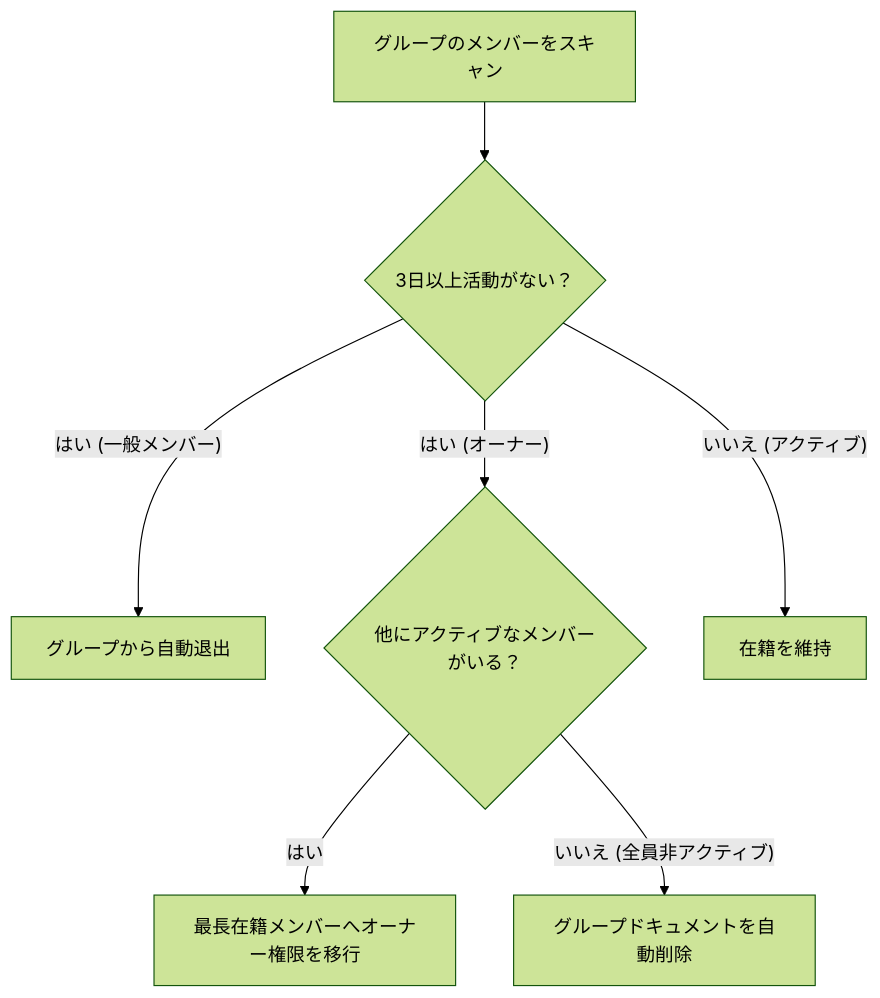
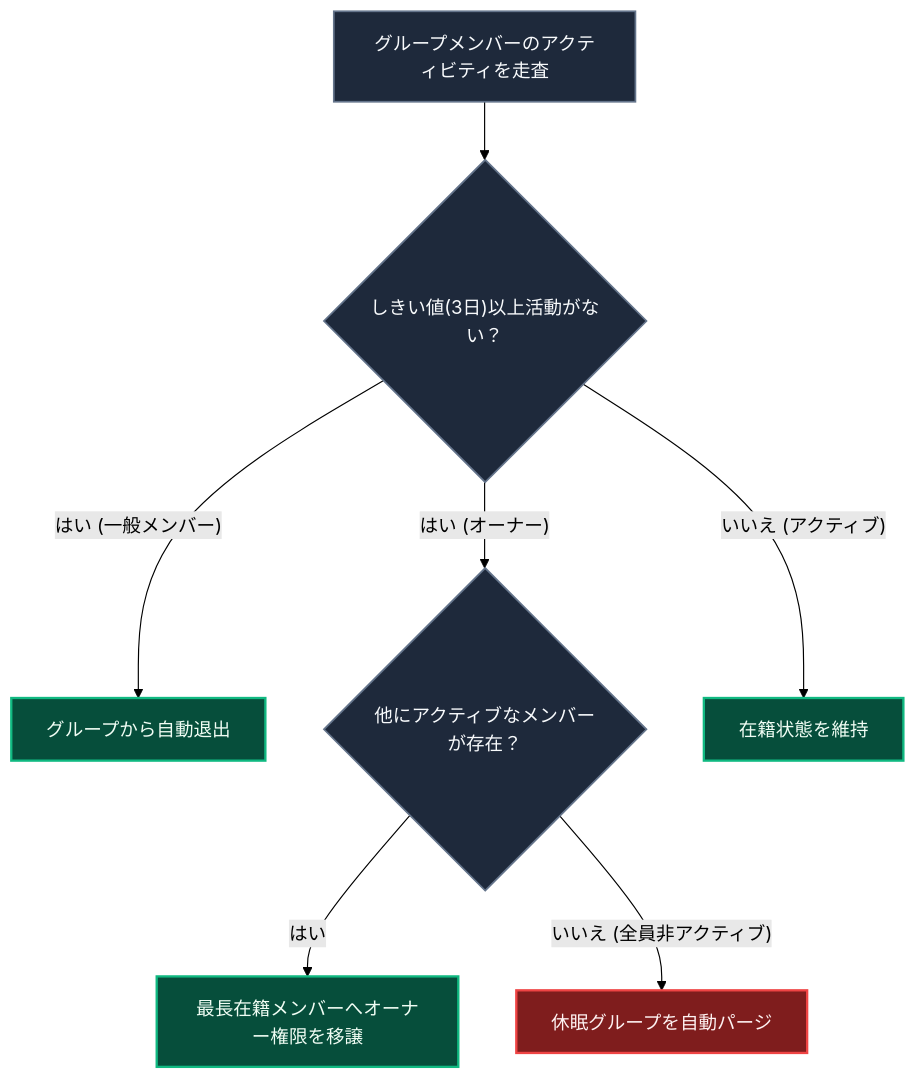
The diagram in docs/ja/maintenance-cron.md (ScriptureHabit/scripture-habit), drawn with Mermaid (forest theme) before and after one commit. The commit also changed other lines of this file and 57 other files, not shown here.

Commit message:
docs: refine documentation prose and add structured diagram breakdowns across JA and EN

````diff
--- a/docs/ja/maintenance-cron.md
+++ b/docs/ja/maintenance-cron.md
@@ -25,9 +25,13 @@
 ```mermaid
 flowchart TD
-    Scan["グループのメンバーをスキャン"] --> CheckActive{"3日以上活動がない？"}
-    CheckActive -- "はい (一般メンバー)" --> AutoKick["グループから自動退出"]
-    CheckActive -- "はい (オーナー)" --> TransferOwner{"他にアクティブなメンバーがいる？"}
-    TransferOwner -- "はい" --> Promote["最長在籍メンバーへオーナー権限を移行"]
-    TransferOwner -- "いいえ (全員非アクティブ)" --> DeleteGroup["グループドキュメントを自動削除"]
-    CheckActive -- "いいえ (アクティブ)" --> Keep["在籍を維持"]
+    classDef step fill:#1e293b,stroke:#64748b,stroke-width:1.5px,color:#f8fafc;
+    classDef action fill:#064e3b,stroke:#10b981,stroke-width:2px,color:#f0fdf4;
+    classDef danger fill:#7f1d1d,stroke:#ef4444,stroke-width:2px,color:#fef2f2;
+
+    Scan["グループメンバーのアクティビティを走査"]:::step --> CheckActive{"しきい値(3日)以上活動がない？"}:::step
+    CheckActive -- "はい (一般メンバー)" --> AutoKick["グループから自動退出"]:::action
+    CheckActive -- "はい (オーナー)" --> TransferOwner{"他にアクティブなメンバーが存在？"}:::step
+    TransferOwner -- "はい" --> Promote["最長在籍メンバーへオーナー権限を移譲"]:::action
+    TransferOwner -- "いいえ (全員非アクティブ)" --> DeleteGroup["休眠グループを自動パージ"]:::danger
+    CheckActive -- "いいえ (アクティブ)" --> Keep["在籍状態を維持"]:::action
 ```
````
